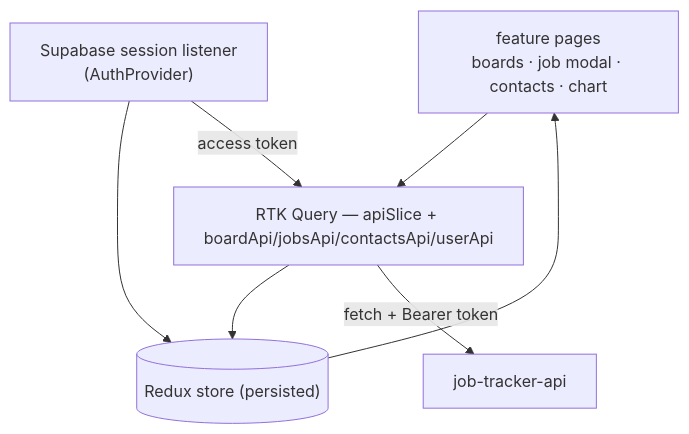
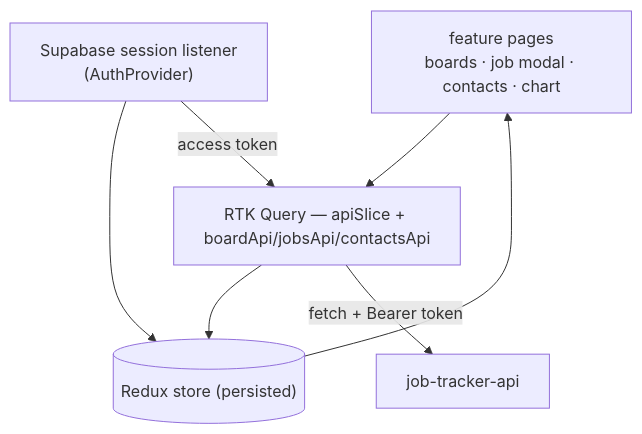
Before and after one commit to petryga/job-tracker: the diagram in README.md, drawn with Mermaid. The commit also changed other lines of this file and 9 other files, not shown here.

````diff
--- a/README.md
+++ b/README.md
@@ -55,9 +54,9 @@
 ```mermaid
 flowchart TD
-  UI["feature pages<br/>boards · job modal · contacts · chart"] --> RTK["RTK Query — apiSlice + boardApi/jobsApi/contactsApi/userApi"]
+  UI["feature pages<br/>boards · job modal · contacts · chart"] --> RTK["RTK Query — apiSlice + boardApi/jobsApi/contactsApi"]
   RTK --> STORE[("Redux store (persisted)")]
   STORE --> UI
   RTK -->|"fetch + Bearer token"| API["job-tracker-api"]
   SB["Supabase session listener<br/>(AuthProvider)"] --> STORE
   SB -->|"access token"| RTK
 ```
````
